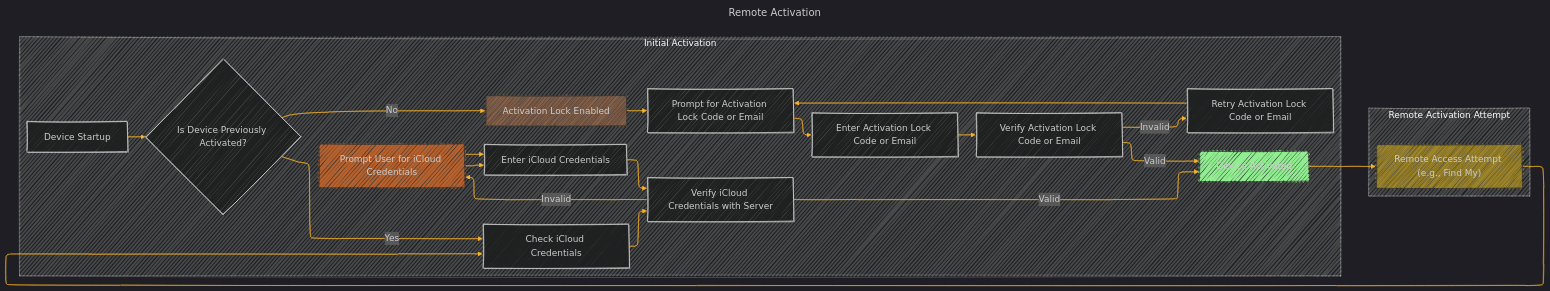
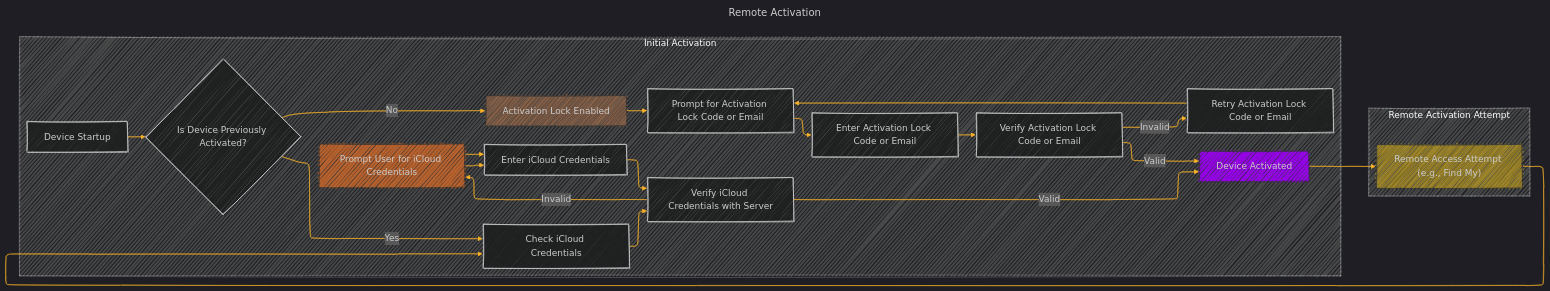
The diagram in Apple_Platform_Security_Guide/Activation_Lock_Process/Remote_Activation.md (CongLeSolutionX/iOS-development-vault), drawn with Mermaid before and after one commit.

Commit message:
update note

````diff
--- a/Apple_Platform_Security_Guide/Activation_Lock_Process/Remote_Activation.md
+++ b/Apple_Platform_Security_Guide/Activation_Lock_Process/Remote_Activation.md
@@ -39,51 +39,51 @@
 ```mermaid
 ---
 title: Remote Activation
 config:
   layout: elk
   look: handDrawn
   theme: dark
 ---
 %%{
   init: {
     'fontFamily': 'verdana',
     'themeVariables': {
       'primaryColor': '#BB2528',
       'primaryTextColor': '#f529',
       'primaryBorderColor': '#7C0000',
       'lineColor': '#F8B229',
       'secondaryColor': '#006100',
       'tertiaryColor': '#fff'
     }
   }
 }%%
 graph LR
     subgraph Initial_Activation["Initial Activation"]
         A[Device Startup] --> B{Is Device Previously Activated?}
         B -- Yes --> C[Check iCloud Credentials]
         C --> D[Verify iCloud Credentials with Server]
         D -- Valid --> E[Device Activated]
         D -- Invalid --> F[Prompt User for iCloud Credentials]
         F --> G[Enter iCloud Credentials]
         G --> D
 
         B -- No --> H[Activation Lock Enabled]
         H --> I[Prompt for Activation Lock Code or Email]
         I --> J[Enter Activation Lock Code or Email]
         J --> K[Verify Activation Lock Code or Email]
         K -- Valid --> E
         K -- Invalid --> L[Retry Activation Lock Code or Email]
         L --> I
     end
 
     subgraph Remote_Activation_Attempt["Remote Activation Attempt"]
         E --> M["Remote Access Attempt (e.g., Find My)"]
         M --> C
         F --> G
         style M fill:#FC17,stroke:#333,stroke-width:1px;
     end
-    style E fill:#90EE90,stroke:#333,stroke-width:1px;
+    style E fill:#90EE,stroke:#333,stroke-width:1px;
     style F fill:#F729,stroke:#333,stroke-width:1px;
     style H fill:#F955,stroke:#333,stroke-width:1px;
 
 ```
````
